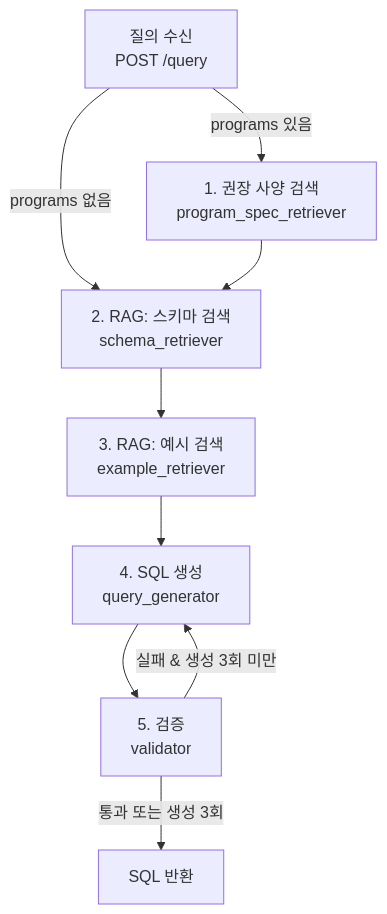
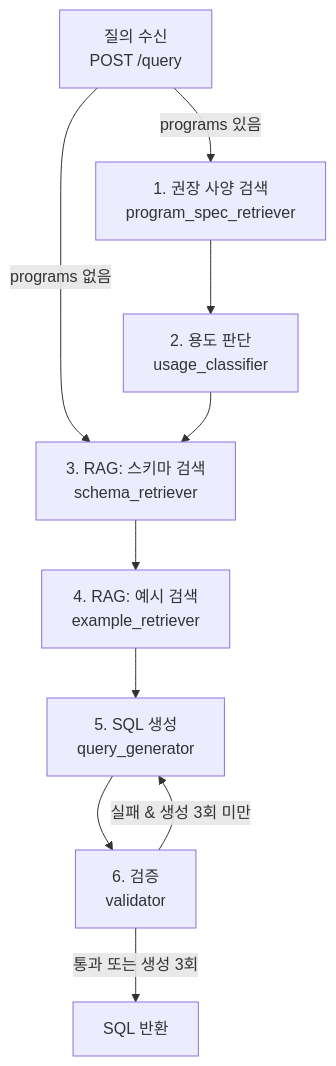
Before and after one commit to xtkww971/data-base-design-: the diagram in docs/nl2sql-flow.md, drawn with Mermaid. The commit also changed other lines of this file, not shown here.

Commit message:
#12/feat(nl2sql-flow.md): 용도 판단 단계와 부품별 예산 상한 설명 추가

````diff
--- a/docs/nl2sql-flow.md
+++ b/docs/nl2sql-flow.md
@@ -7,11 +7,12 @@
 ```mermaid
 flowchart TD
     Q["질의 수신<br/>POST /query"] -- "programs 있음" --> P["1. 권장 사양 검색<br/>program_spec_retriever"]
-    Q -- "programs 없음" --> S["2. RAG: 스키마 검색<br/>schema_retriever"]
-    P --> S
-    S --> E["3. RAG: 예시 검색<br/>example_retriever"]
-    E --> G["4. SQL 생성<br/>query_generator"]
-    G --> V["5. 검증<br/>validator"]
+    Q -- "programs 없음" --> S["3. RAG: 스키마 검색<br/>schema_retriever"]
+    P --> U["2. 용도 판단<br/>usage_classifier"]
+    U --> S
+    S --> E["4. RAG: 예시 검색<br/>example_retriever"]
+    E --> G["5. SQL 생성<br/>query_generator"]
+    G --> V["6. 검증<br/>validator"]
     V -- "실패 & 생성 3회 미만" --> G
     V -- "통과 또는 생성 3회" --> R["SQL 반환"]
 ```
````
